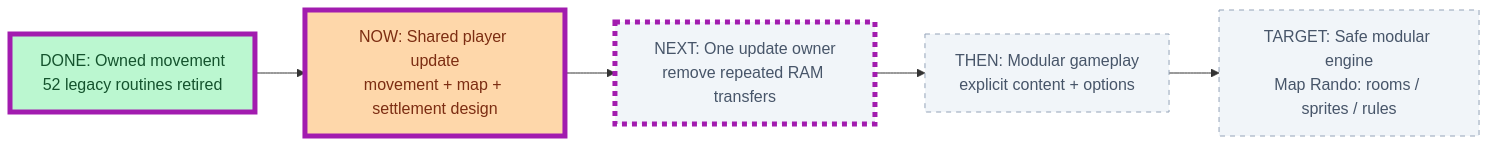
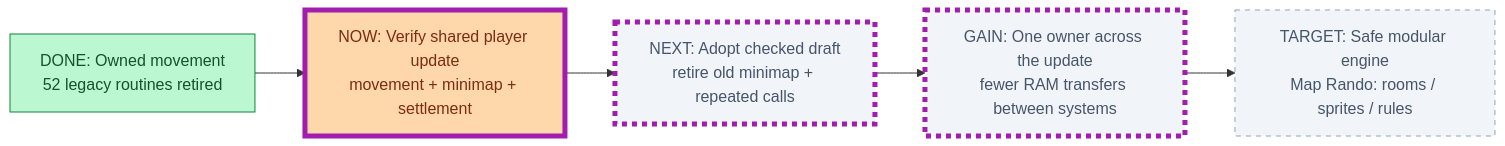
Before and after one commit to JimLundin/sm-decomp: the first of 27 diagrams in PROGRESS.md, drawn with Mermaid. The commit also changed other lines of this file and 1 other file, not shown here.

First line of the commit message:
Show shared update validation and its engine ownership payoff

````diff
--- a/PROGRESS.md
+++ b/PROGRESS.md
@@ -3,14 +3,14 @@
 ```mermaid
 flowchart LR
     DONE["DONE: Owned movement<br/>52 legacy routines retired"]:::done
-    NOW["NOW: Shared player update<br/>movement + map + settlement design"]:::active
-    NEXT["NEXT: One update owner<br/>remove repeated RAM transfers"]:::pending
-    THEN["THEN: Modular gameplay<br/>explicit content + options"]:::pending
+    NOW["NOW: Verify shared player update<br/>movement + minimap + settlement"]:::active
+    NEXT["NEXT: Adopt checked draft<br/>retire old minimap + repeated calls"]:::pending
+    THEN["GAIN: One owner across the update<br/>fewer RAM transfers between systems"]:::pending
     TARGET["TARGET: Safe modular engine<br/>Map Rando: rooms / sprites / rules"]:::pending
     DONE --> NOW --> NEXT --> THEN --> TARGET
-    class DONE,NOW,NEXT changed
+    class NOW,NEXT,THEN changed
     classDef done fill:#bbf7d0,stroke:#15803d,color:#14532d
     classDef active fill:#fed7aa,stroke:#ea580c,color:#7c2d12
     classDef pending fill:#f1f5f9,stroke:#94a3b8,color:#475569,stroke-dasharray:5 5
     classDef changed stroke:#a21caf,stroke-width:5px
 ```
````
